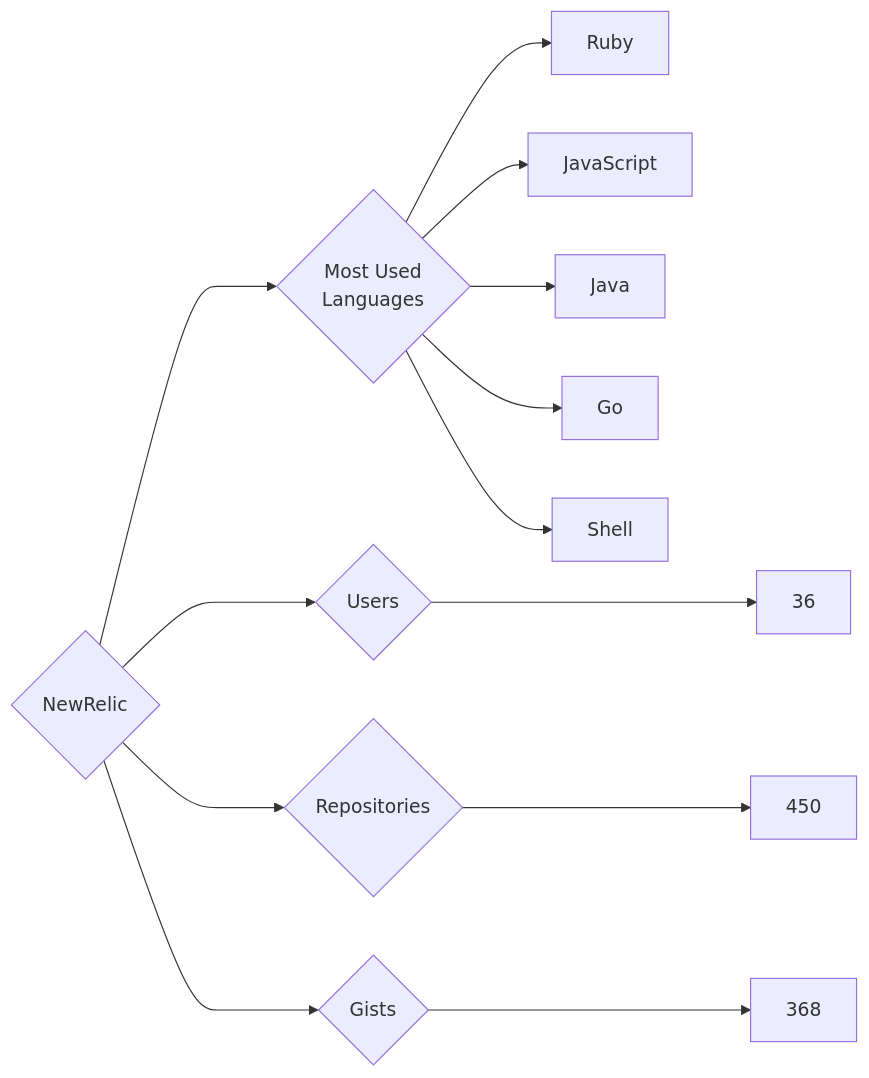
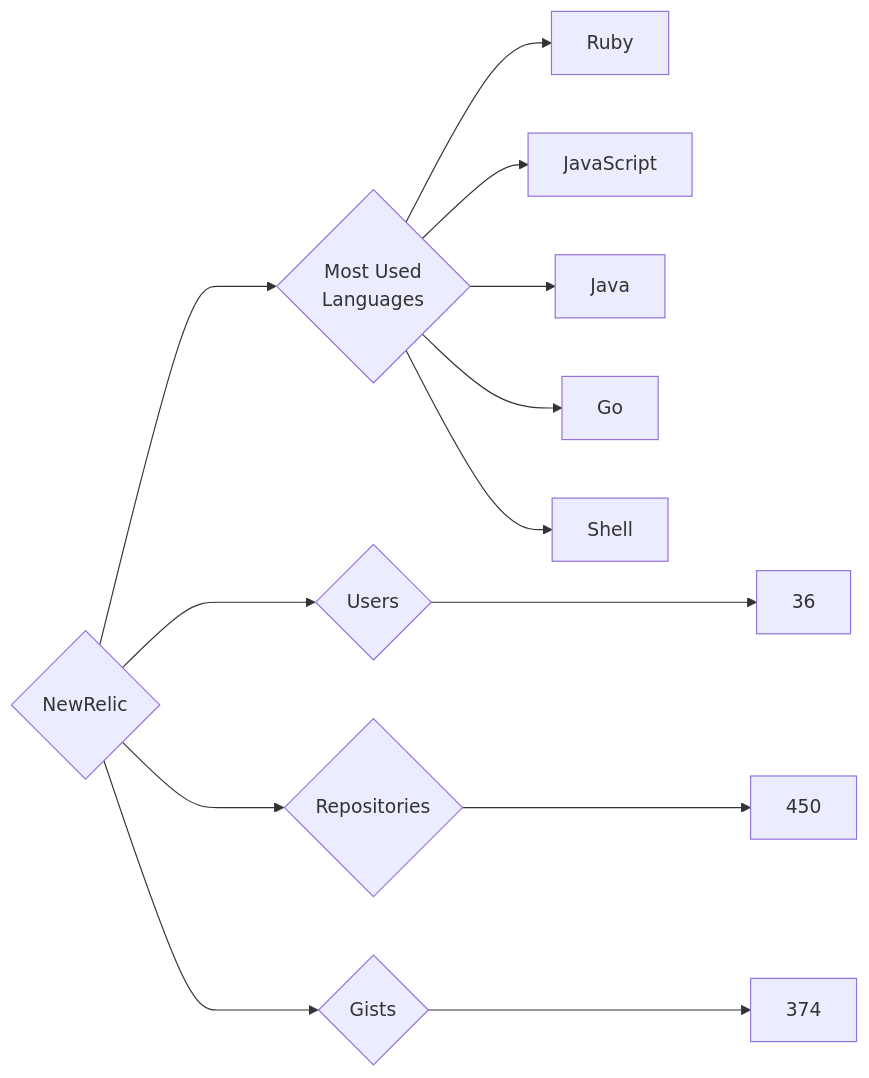
Before and after one commit to trickest/insiders: the diagram in targets/NewRelic/README.md, drawn with Mermaid. The commit also changed 964 other files, not shown here.

````diff
--- a/targets/NewRelic/README.md
+++ b/targets/NewRelic/README.md
@@ -3,13 +3,13 @@
 ```mermaid
 graph LR
 COMPANY_NAME{NewRelic}
 COMPANY_NAME ---> U{Users} ---> UN[36]
 COMPANY_NAME ---> R{Repositories} ---> RN[450]
-COMPANY_NAME ---> G{Gists} ---> GN[368]
+COMPANY_NAME ---> G{Gists} ---> GN[374]
 COMPANY_NAME ---> ML{Most Used<br>Languages}
 ML --> Ruby[Ruby]
 ML --> JavaScript[JavaScript]
 ML --> Java[Java]
 ML --> Go[Go]
 ML --> Shell[Shell]
 ```
````
